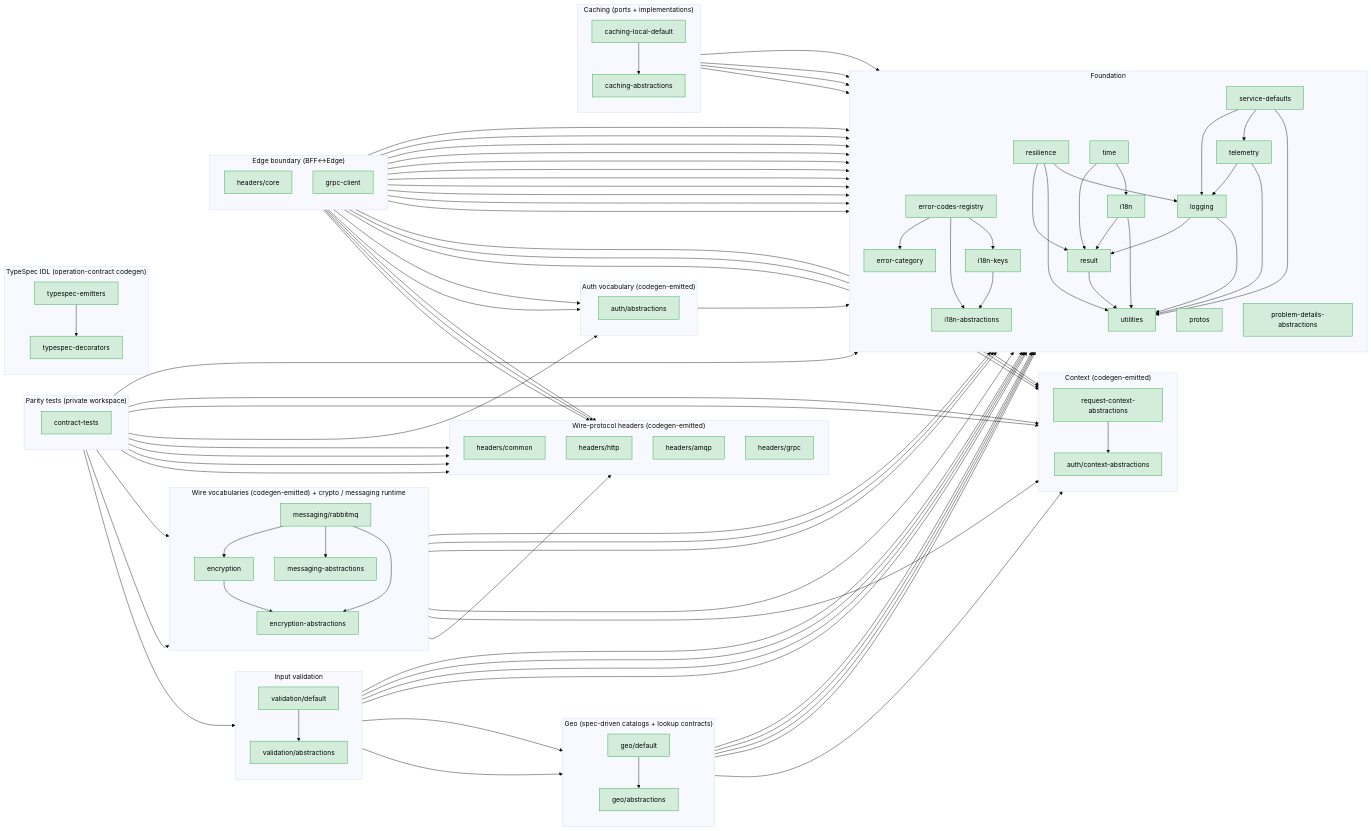
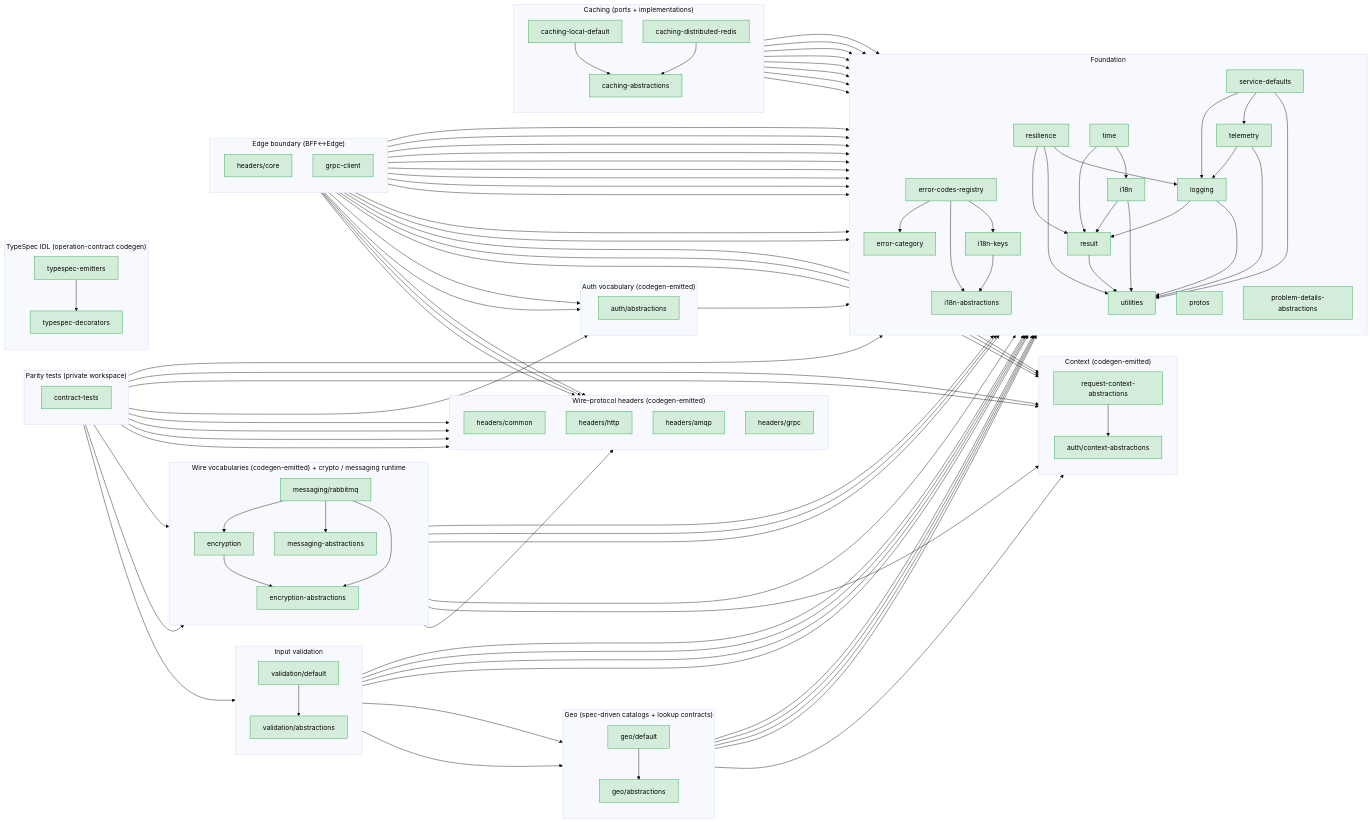
The diagram in server/shared/typescript/README.md (DSCV-io/D2-WORX), drawn with Mermaid (base theme) before and after one commit. The commit also changed other lines of this file and 34 other files, not shown here.

Commit message:
feat(ts-caching): ship @d2/caching-distributed-redis twin of Redis distributed cache

````diff
--- a/server/shared/typescript/README.md
+++ b/server/shared/typescript/README.md
@@ -231,12 +231,18 @@
         direction TB
         CachingAbs[caching-abstractions]
         CachingLocalDefault[caching-local-default]
+        CachingDistributedRedis[caching-distributed-redis]
 
         CachingAbs --> Result
         CachingAbs --> I18nKeys
         CachingLocalDefault --> CachingAbs
         CachingLocalDefault --> Result
         CachingLocalDefault --> Utilities
+        CachingDistributedRedis --> CachingAbs
+        CachingDistributedRedis --> Result
+        CachingDistributedRedis --> Utilities
+        CachingDistributedRedis --> Logging
+        CachingDistributedRedis --> I18nKeys
     end
 
     subgraph TYPESPEC["TypeSpec IDL (operation-contract codegen)"]
@@ -247,5 +253,5 @@
         TypespecEmitters --> TypespecDecorators
     end
 
-    class Result,Utilities,Resilience,I18n,Logging,Telemetry,ServiceDefaults,Protos,Time,ErrorCategory,I18nAbs,I18nKeys,ErrorCodesRegistry,ProblemDetailsAbs,AuthCtxAbs,ReqCtxAbs,AuthAbs,HeadersCommon,HeadersHttp,HeadersAmqp,HeadersGrpc,EncryptionAbs,MessagingAbs,Encryption,MessagingRabbitMq,Headers,GrpcClient,ContractTests,GeoAbs,GeoDefault,ValidationAbs,ValidationDefault,CachingAbs,CachingLocalDefault,TypespecDecorators,TypespecEmitters built
+    class Result,Utilities,Resilience,I18n,Logging,Telemetry,ServiceDefaults,Protos,Time,ErrorCategory,I18nAbs,I18nKeys,ErrorCodesRegistry,ProblemDetailsAbs,AuthCtxAbs,ReqCtxAbs,AuthAbs,HeadersCommon,HeadersHttp,HeadersAmqp,HeadersGrpc,EncryptionAbs,MessagingAbs,Encryption,MessagingRabbitMq,Headers,GrpcClient,ContractTests,GeoAbs,GeoDefault,ValidationAbs,ValidationDefault,CachingAbs,CachingLocalDefault,CachingDistributedRedis,TypespecDecorators,TypespecEmitters built
 ```
````
